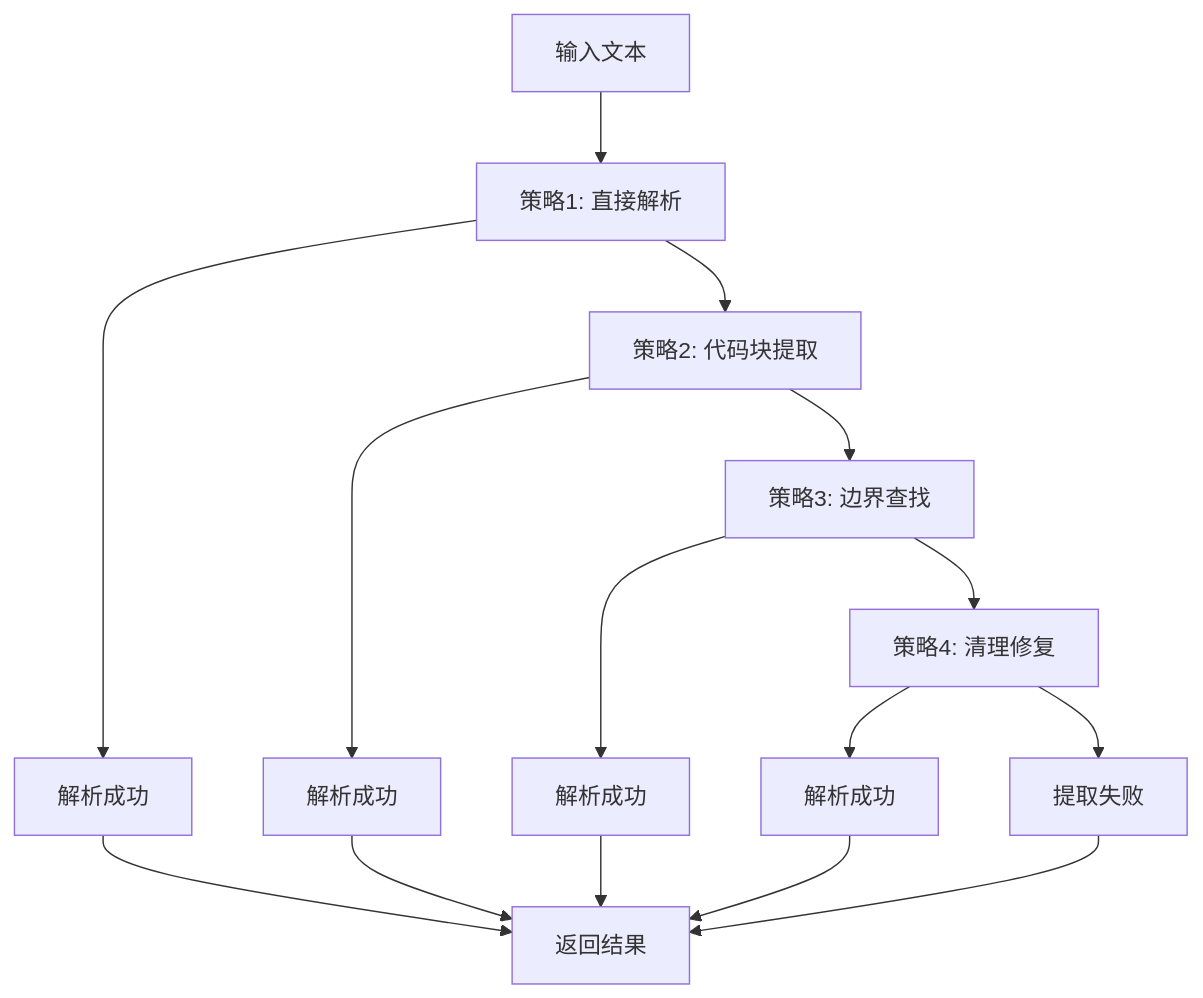
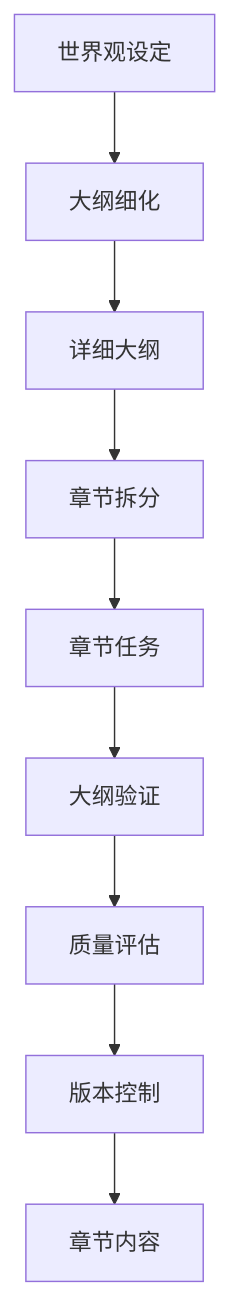
Before and after one commit to xfbyxq/ai-novel-system: the ninth of 10 diagrams in .qoder/repowiki/zh/content/Novel Crew Manager.md, drawn with Mermaid. The commit also changed other lines of this file and 84 other files, not shown here.

````diff
--- a/.qoder/repowiki/zh/content/Novel Crew Manager.md
+++ b/.qoder/repowiki/zh/content/Novel Crew Manager.md
@@ -355,17 +516,11 @@
 ```mermaid
 flowchart TD
-Input[输入文本] --> Strategy1[策略1: 直接解析]
-Strategy1 --> Success1[解析成功]
-Strategy1 --> Strategy2[策略2: 代码块提取]
-Strategy2 --> Success2[解析成功]
-Strategy2 --> Strategy3[策略3: 边界查找]
-Strategy3 --> Success3[解析成功]
-Strategy3 --> Strategy4[策略4: 清理修复]
-Strategy4 --> Success4[解析成功]
-Strategy4 --> Failure[提取失败]
-Success1 --> Output[返回结果]
-Success2 --> Output
-Success3 --> Output
-Success4 --> Output
-Failure --> Output
+WorldSetting[世界观设定] --> OutlineRefiner[大纲细化]
+OutlineRefiner --> DetailedOutline[详细大纲]
+DetailedOutline --> ChapterDecompose[章节拆分]
+ChapterDecompose --> ChapterTask[章节任务]
+ChapterTask --> OutlineValidation[大纲验证]
+OutlineValidation --> QualityAssessment[质量评估]
+QualityAssessment --> VersionControl[版本控制]
+VersionControl --> ChapterContent[章节内容]
 ```
````
